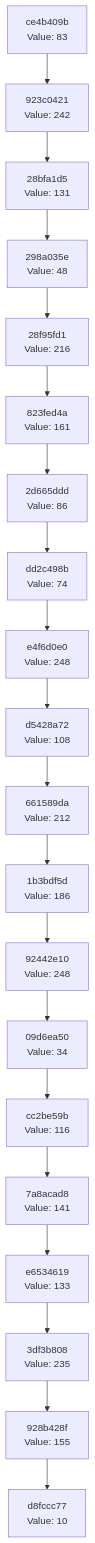
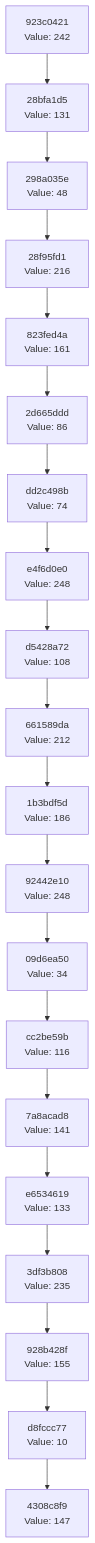
The diagram in docs/CHAIN_VISUALIZATION.md (Abhisheksinha1506/hash-chain-evolver), drawn with Mermaid before and after one commit. The commit also changed 3 other files, not shown here.

````diff
--- a/docs/CHAIN_VISUALIZATION.md
+++ b/docs/CHAIN_VISUALIZATION.md
@@ -3,42 +3,42 @@
 ```mermaid
 graph TD
-    C0["d8fccc77<br/>Value: 10"]
-    C1["928b428f<br/>Value: 155"]
+    C0["4308c8f9<br/>Value: 147"]
+    C1["d8fccc77<br/>Value: 10"]
     C1 --> C0
-    C2["3df3b808<br/>Value: 235"]
+    C2["928b428f<br/>Value: 155"]
     C2 --> C1
-    C3["e6534619<br/>Value: 133"]
+    C3["3df3b808<br/>Value: 235"]
     C3 --> C2
-    C4["7a8acad8<br/>Value: 141"]
+    C4["e6534619<br/>Value: 133"]
     C4 --> C3
-    C5["cc2be59b<br/>Value: 116"]
+    C5["7a8acad8<br/>Value: 141"]
     C5 --> C4
-    C6["09d6ea50<br/>Value: 34"]
+    C6["cc2be59b<br/>Value: 116"]
     C6 --> C5
-    C7["92442e10<br/>Value: 248"]
+    C7["09d6ea50<br/>Value: 34"]
     C7 --> C6
-    C8["1b3bdf5d<br/>Value: 186"]
+    C8["92442e10<br/>Value: 248"]
     C8 --> C7
-    C9["661589da<br/>Value: 212"]
+    C9["1b3bdf5d<br/>Value: 186"]
     C9 --> C8
-    C10["d5428a72<br/>Value: 108"]
+    C10["661589da<br/>Value: 212"]
     C10 --> C9
-    C11["e4f6d0e0<br/>Value: 248"]
+    C11["d5428a72<br/>Value: 108"]
     C11 --> C10
-    C12["dd2c498b<br/>Value: 74"]
+    C12["e4f6d0e0<br/>Value: 248"]
     C12 --> C11
-    C13["2d665ddd<br/>Value: 86"]
+    C13["dd2c498b<br/>Value: 74"]
     C13 --> C12
-    C14["823fed4a<br/>Value: 161"]
+    C14["2d665ddd<br/>Value: 86"]
     C14 --> C13
-    C15["28f95fd1<br/>Value: 216"]
+    C15["823fed4a<br/>Value: 161"]
     C15 --> C14
-    C16["298a035e<br/>Value: 48"]
+    C16["28f95fd1<br/>Value: 216"]
     C16 --> C15
-    C17["28bfa1d5<br/>Value: 131"]
+    C17["298a035e<br/>Value: 48"]
     C17 --> C16
-    C18["923c0421<br/>Value: 242"]
+    C18["28bfa1d5<br/>Value: 131"]
     C18 --> C17
-    C19["ce4b409b<br/>Value: 83"]
+    C19["923c0421<br/>Value: 242"]
     C19 --> C18
 ```
````
